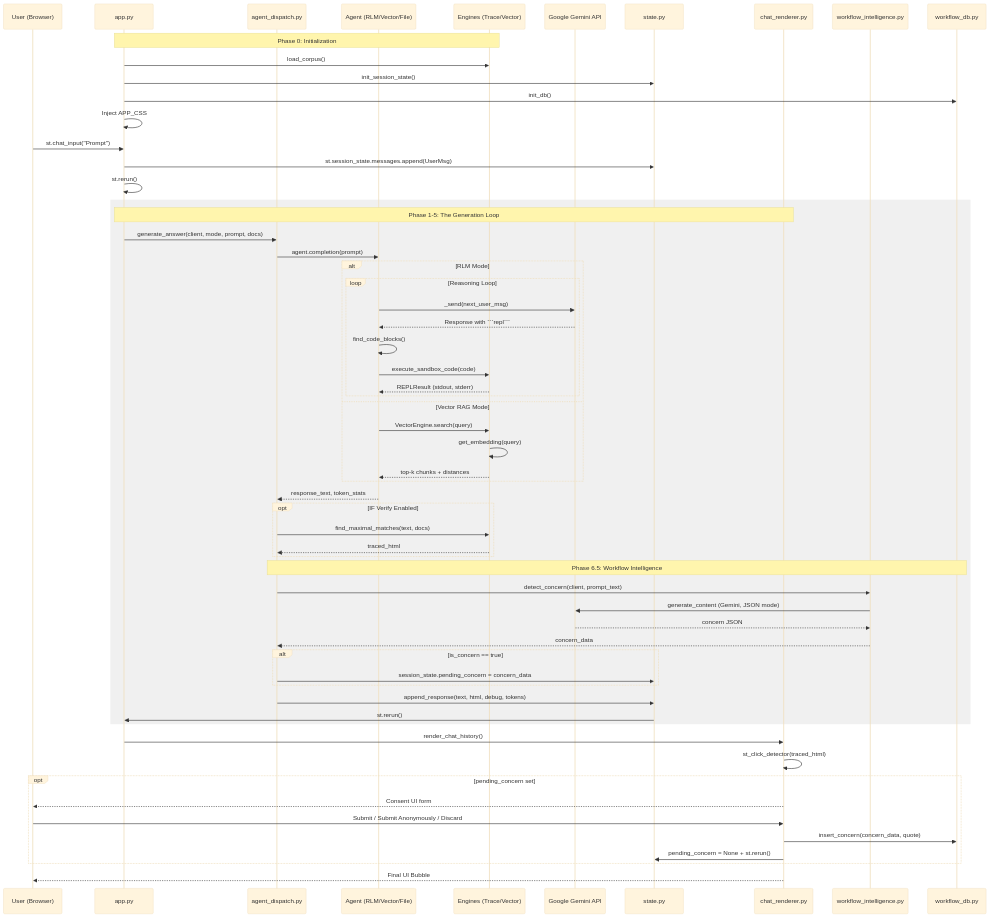
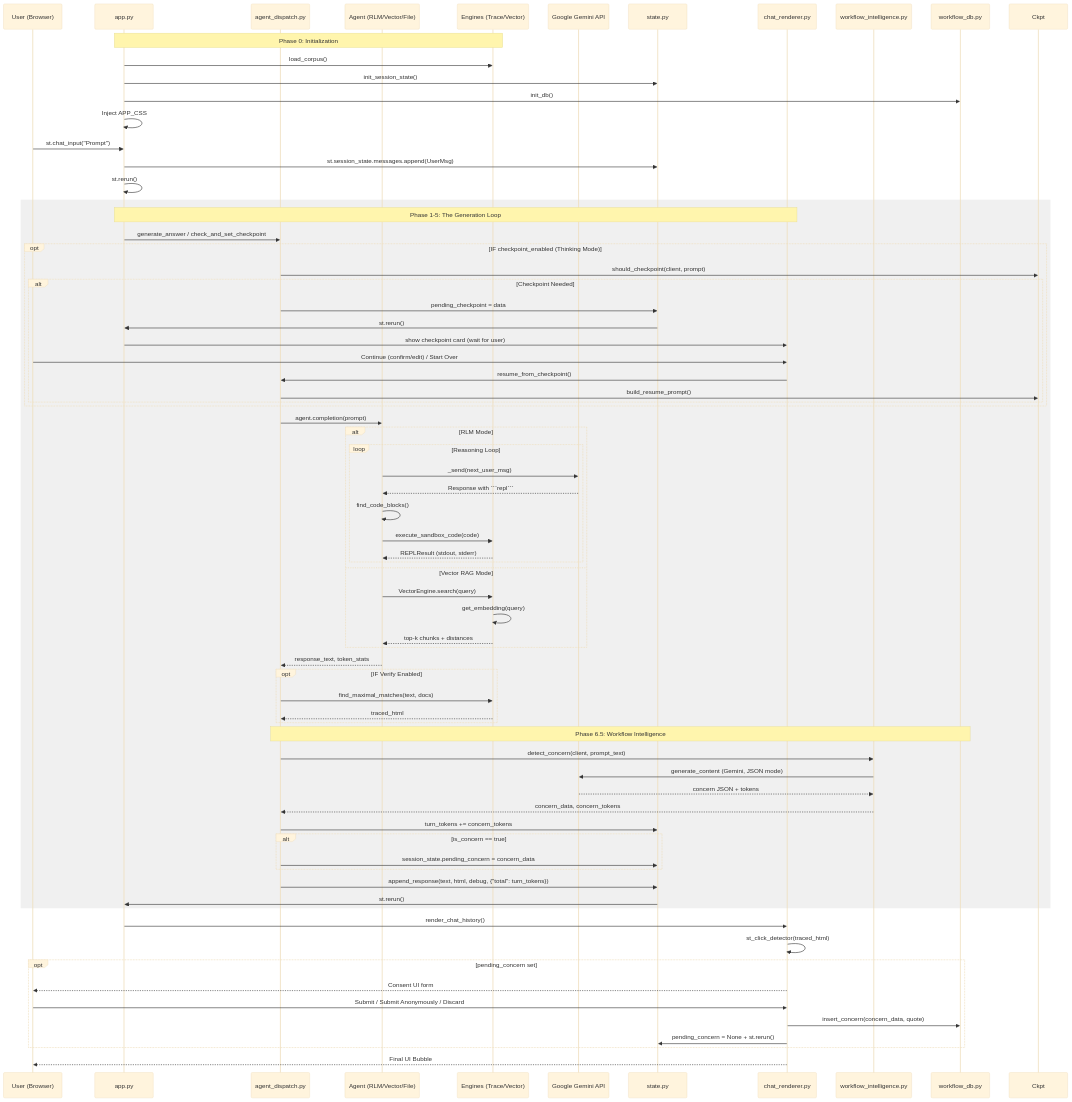
One commit to knguyen2000/portfolio changed the diagram in docs/CODE_FLOW.md. Above: the diagram before and after it, drawn with Mermaid (base theme). The commit also changed other lines of this file and 13 other files, not shown here.

Commit message:
feat: checkpoint thinking mode

```diff
--- a/docs/CODE_FLOW.md
+++ b/docs/CODE_FLOW.md
@@ -31,7 +31,20 @@
     
     rect rgb(240, 240, 240)
         Note over A,R: Phase 1-5: The Generation Loop
-        A->>D: generate_answer(client, mode, prompt, docs)
+        A->>D: generate_answer / check_and_set_checkpoint
+        
+        opt IF checkpoint_enabled (Thinking Mode)
+            D->>Ckpt: should_checkpoint(client, prompt)
+            alt Checkpoint Needed
+                D->>S: pending_checkpoint = data
+                S->>A: st.rerun()
+                A->>R: show checkpoint card (wait for user)
+                U->>R: Continue (confirm/edit) / Start Over
+                R->>D: resume_from_checkpoint()
+                D->>Ckpt: build_resume_prompt()
+            end
+        end
+
         D->>AG: agent.completion(prompt)
         
         alt RLM Mode
@@ -58,13 +71,14 @@
         Note over D,WDB: Phase 6.5: Workflow Intelligence
         D->>WI: detect_concern(client, prompt_text)
         WI->>G: generate_content (Gemini, JSON mode)
-        G-->>WI: concern JSON
-        WI-->>D: concern_data
+        G-->>WI: concern JSON + tokens
+        WI-->>D: concern_data, concern_tokens
+        D->>S: turn_tokens += concern_tokens
         alt is_concern == true
             D->>S: session_state.pending_concern = concern_data
         end
         
-        D->>S: append_response(text, html, debug, tokens)
+        D->>S: append_response(text, html, debug, {"total": turn_tokens})
         S->>A: st.rerun()
     end
 
```
